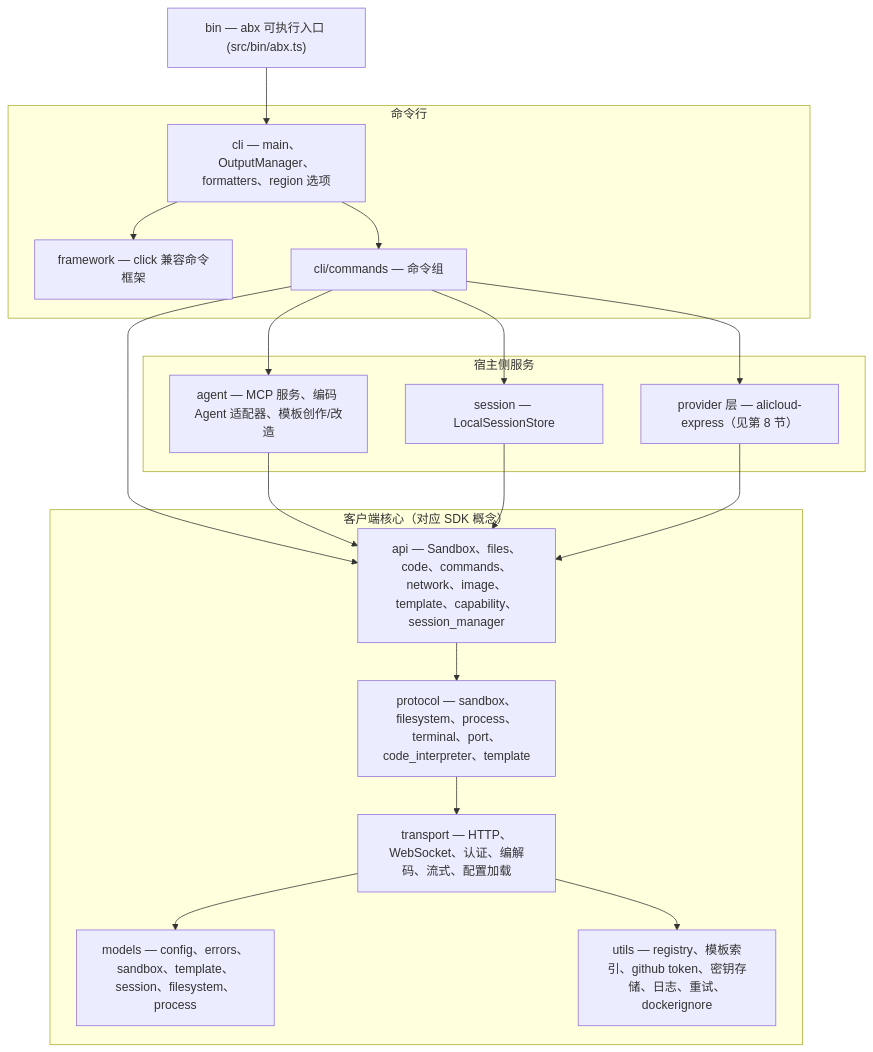
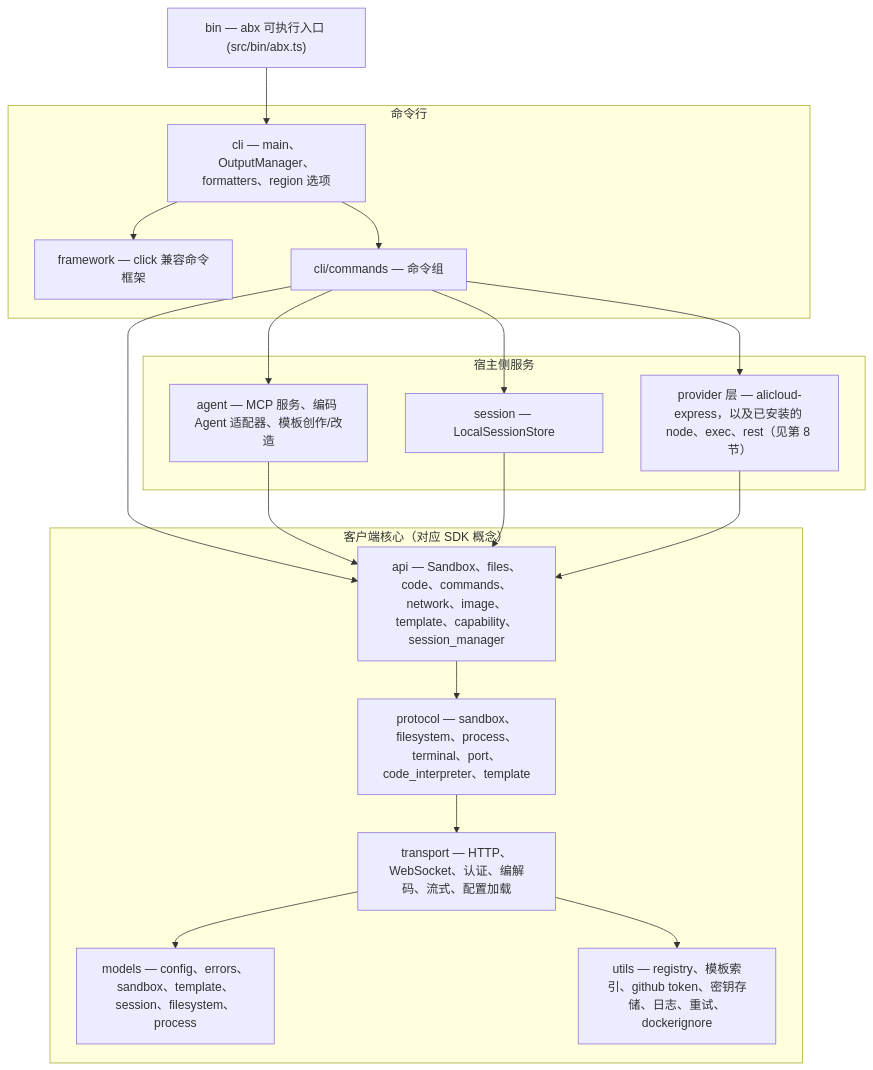
The diagram in docs/zh/design/architecture.md (Alibaba-Agent-Sandbox/agent-sandbox), drawn with Mermaid before and after one commit. The commit also changed other lines of this file and 29 other files, not shown here.

````diff
--- a/docs/zh/design/architecture.md
+++ b/docs/zh/design/architecture.md
@@ -15,35 +15,35 @@
 ```mermaid
 graph TB
     BIN["bin — abx 可执行入口 (src/bin/abx.ts)"]
     subgraph Front["命令行"]
         FW["framework — click 兼容命令框架"]
         CLI["cli — main、OutputManager、formatters、region 选项"]
         CMD["cli/commands — 命令组"]
     end
     subgraph Services["宿主侧服务"]
         AG["agent — MCP 服务、编码 Agent 适配器、模板创作/改造"]
-        PRV["provider 层 — alicloud-express（见第 8 节）"]
+        PRV["provider 层 — alicloud-express，以及已安装的 node、exec、rest（见第 8 节）"]
         SES["session — LocalSessionStore"]
     end
     subgraph Core["客户端核心（对应 SDK 概念）"]
         API["api — Sandbox、files、code、commands、network、image、template、capability、session_manager"]
         PRO["protocol — sandbox、filesystem、process、terminal、port、code_interpreter、template"]
         TRA["transport — HTTP、WebSocket、认证、编解码、流式、配置加载"]
         MOD["models — config、errors、sandbox、template、session、filesystem、process"]
         UTL["utils — registry、模板索引、github token、密钥存储、日志、重试、dockerignore"]
     end
 
     BIN --> CLI
     CLI --> FW
     CLI --> CMD
     CMD --> AG
     CMD --> SES
     CMD --> API
     CMD --> PRV
     AG --> API
     SES --> API
     PRV --> API
     API --> PRO --> TRA
     TRA --> MOD
     TRA --> UTL
 ```
````
